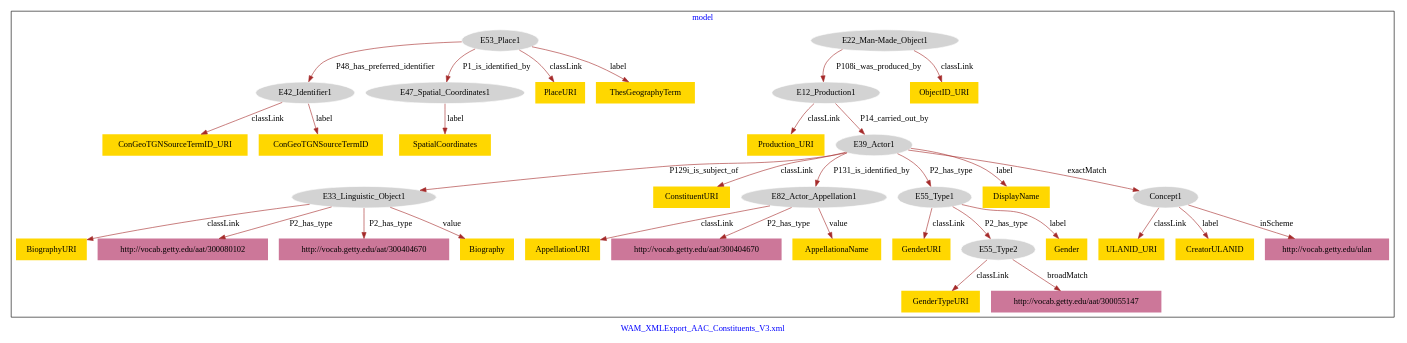
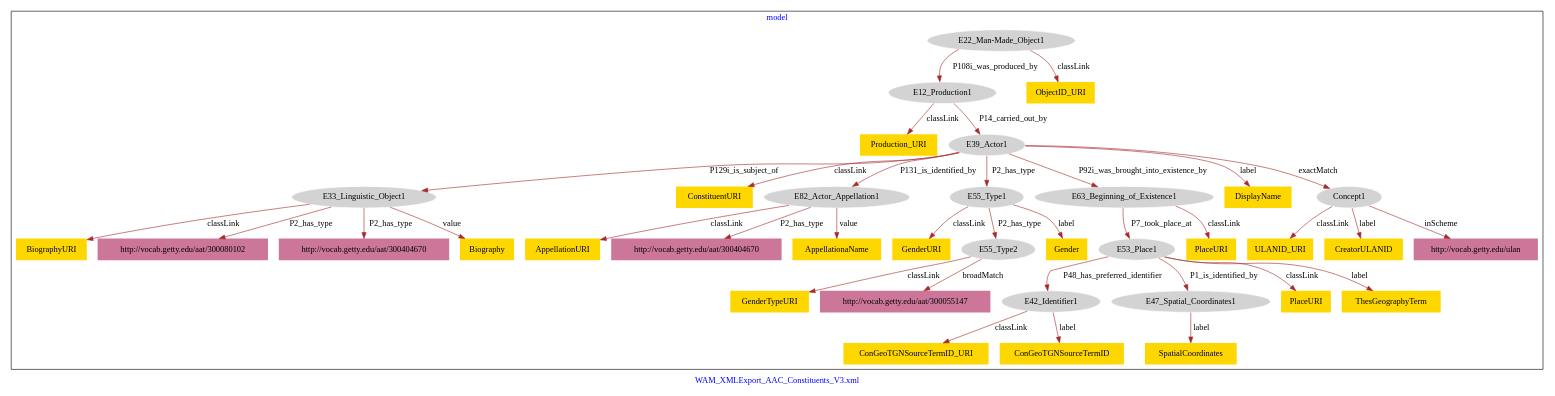
The diagram in WAM_AAC_Constituents/WAM_AAC_Individual_PlaceofBirth-model.dot (american-art/wam), drawn with Graphviz before and after one commit.

Commit message:
Update file WAM_AAC_Individual_PlaceofBirth-model.dot

```diff
--- a/WAM_AAC_Constituents/WAM_AAC_Individual_PlaceofBirth-model.dot
+++ b/WAM_AAC_Constituents/WAM_AAC_Individual_PlaceofBirth-model.dot
@@ -1,74 +1,79 @@
 digraph n0 {
 fontcolor="blue"
 remincross="true"
 label="WAM_XMLExport_AAC_Constituents_V3.xml"
 subgraph cluster {
 label="model"
 n2[style="filled",color="white",fillcolor="lightgray",label="E12_Production1"];
 n3[shape="plaintext",style="filled",fillcolor="gold",label="Production_URI"];
 n4[style="filled",color="white",fillcolor="lightgray",label="E39_Actor1"];
 n5[style="filled",color="white",fillcolor="lightgray",label="E22_Man-Made_Object1"];
 n6[shape="plaintext",style="filled",fillcolor="gold",label="ObjectID_URI"];
 n7[style="filled",color="white",fillcolor="lightgray",label="E33_Linguistic_Object1"];
 n8[shape="plaintext",style="filled",fillcolor="gold",label="BiographyURI"];
 n9[shape="plaintext",style="filled",fillcolor="#CC7799",label="http://vocab.getty.edu/aat/300080102"];
 n10[shape="plaintext",style="filled",fillcolor="#CC7799",label="http://vocab.getty.edu/aat/300404670"];
 n11[shape="plaintext",style="filled",fillcolor="gold",label="Biography"];
 n12[shape="plaintext",style="filled",fillcolor="gold",label="ConstituentURI"];
 n13[style="filled",color="white",fillcolor="lightgray",label="E82_Actor_Appellation1"];
 n14[style="filled",color="white",fillcolor="lightgray",label="E55_Type1"];
-n15[shape="plaintext",style="filled",fillcolor="gold",label="DisplayName"];
-n16[style="filled",color="white",fillcolor="lightgray",label="Concept1"];
-n17[style="filled",color="white",fillcolor="lightgray",label="E42_Identifier1"];
-n18[shape="plaintext",style="filled",fillcolor="gold",label="ConGeoTGNSourceTermID_URI"];
-n19[shape="plaintext",style="filled",fillcolor="gold",label="ConGeoTGNSourceTermID"];
-n20[style="filled",color="white",fillcolor="lightgray",label="E47_Spatial_Coordinates1"];
-n21[shape="plaintext",style="filled",fillcolor="gold",label="SpatialCoordinates"];
-n22[style="filled",color="white",fillcolor="lightgray",label="E53_Place1"];
-n23[shape="plaintext",style="filled",fillcolor="gold",label="PlaceURI"];
-n24[shape="plaintext",style="filled",fillcolor="gold",label="ThesGeographyTerm"];
-n25[shape="plaintext",style="filled",fillcolor="gold",label="GenderURI"];
-n26[style="filled",color="white",fillcolor="lightgray",label="E55_Type2"];
-n27[shape="plaintext",style="filled",fillcolor="gold",label="Gender"];
-n28[shape="plaintext",style="filled",fillcolor="gold",label="GenderTypeURI"];
-n29[shape="plaintext",style="filled",fillcolor="#CC7799",label="http://vocab.getty.edu/aat/300055147"];
-n30[shape="plaintext",style="filled",fillcolor="gold",label="AppellationURI"];
-n31[shape="plaintext",style="filled",fillcolor="#CC7799",label="http://vocab.getty.edu/aat/300404670"];
-n32[shape="plaintext",style="filled",fillcolor="gold",label="AppellationaName"];
-n33[shape="plaintext",style="filled",fillcolor="gold",label="ULANID_URI"];
-n34[shape="plaintext",style="filled",fillcolor="gold",label="CreatorULANID"];
-n35[shape="plaintext",style="filled",fillcolor="#CC7799",label="http://vocab.getty.edu/ulan"];
+n15[style="filled",color="white",fillcolor="lightgray",label="E63_Beginning_of_Existence1"];
+n16[shape="plaintext",style="filled",fillcolor="gold",label="DisplayName"];
+n17[style="filled",color="white",fillcolor="lightgray",label="Concept1"];
+n18[style="filled",color="white",fillcolor="lightgray",label="E42_Identifier1"];
+n19[shape="plaintext",style="filled",fillcolor="gold",label="ConGeoTGNSourceTermID_URI"];
+n20[shape="plaintext",style="filled",fillcolor="gold",label="ConGeoTGNSourceTermID"];
+n21[style="filled",color="white",fillcolor="lightgray",label="E47_Spatial_Coordinates1"];
+n22[shape="plaintext",style="filled",fillcolor="gold",label="SpatialCoordinates"];
+n23[style="filled",color="white",fillcolor="lightgray",label="E53_Place1"];
+n24[shape="plaintext",style="filled",fillcolor="gold",label="PlaceURI"];
+n25[shape="plaintext",style="filled",fillcolor="gold",label="ThesGeographyTerm"];
+n26[shape="plaintext",style="filled",fillcolor="gold",label="GenderURI"];
+n27[style="filled",color="white",fillcolor="lightgray",label="E55_Type2"];
+n28[shape="plaintext",style="filled",fillcolor="gold",label="Gender"];
+n29[shape="plaintext",style="filled",fillcolor="gold",label="GenderTypeURI"];
+n30[shape="plaintext",style="filled",fillcolor="#CC7799",label="http://vocab.getty.edu/aat/300055147"];
+n31[shape="plaintext",style="filled",fillcolor="gold",label="PlaceURI"];
+n32[shape="plaintext",style="filled",fillcolor="gold",label="AppellationURI"];
+n33[shape="plaintext",style="filled",fillcolor="#CC7799",label="http://vocab.getty.edu/aat/300404670"];
+n34[shape="plaintext",style="filled",fillcolor="gold",label="AppellationaName"];
+n35[shape="plaintext",style="filled",fillcolor="gold",label="ULANID_URI"];
+n36[shape="plaintext",style="filled",fillcolor="gold",label="CreatorULANID"];
+n37[shape="plaintext",style="filled",fillcolor="#CC7799",label="http://vocab.getty.edu/ulan"];
 }
 n2 -> n3[color="brown",fontcolor="black",label="classLink"]
 n2 -> n4[color="brown",fontcolor="black",label="P14_carried_out_by"]
 n5 -> n6[color="brown",fontcolor="black",label="classLink"]
 n5 -> n2[color="brown",fontcolor="black",label="P108i_was_produced_by"]
 n7 -> n8[color="brown",fontcolor="black",label="classLink"]
 n7 -> n9[color="brown",fontcolor="black",label="P2_has_type"]
 n7 -> n10[color="brown",fontcolor="black",label="P2_has_type"]
 n7 -> n11[color="brown",fontcolor="black",label="value"]
 n4 -> n12[color="brown",fontcolor="black",label="classLink"]
 n4 -> n7[color="brown",fontcolor="black",label="P129i_is_subject_of"]
 n4 -> n13[color="brown",fontcolor="black",label="P131_is_identified_by"]
 n4 -> n14[color="brown",fontcolor="black",label="P2_has_type"]
-n4 -> n15[color="brown",fontcolor="black",label="label"]
-n4 -> n16[color="brown",fontcolor="black",label="exactMatch"]
-n17 -> n18[color="brown",fontcolor="black",label="classLink"]
-n17 -> n19[color="brown",fontcolor="black",label="label"]
-n20 -> n21[color="brown",fontcolor="black",label="label"]
-n22 -> n23[color="brown",fontcolor="black",label="classLink"]
-n22 -> n20[color="brown",fontcolor="black",label="P1_is_identified_by"]
-n22 -> n17[color="brown",fontcolor="black",label="P48_has_preferred_identifier"]
-n22 -> n24[color="brown",fontcolor="black",label="label"]
-n14 -> n25[color="brown",fontcolor="black",label="classLink"]
-n14 -> n26[color="brown",fontcolor="black",label="P2_has_type"]
-n14 -> n27[color="brown",fontcolor="black",label="label"]
-n26 -> n28[color="brown",fontcolor="black",label="classLink"]
-n26 -> n29[color="brown",fontcolor="black",label="broadMatch"]
-n13 -> n30[color="brown",fontcolor="black",label="classLink"]
-n13 -> n31[color="brown",fontcolor="black",label="P2_has_type"]
-n13 -> n32[color="brown",fontcolor="black",label="value"]
-n16 -> n33[color="brown",fontcolor="black",label="classLink"]
-n16 -> n34[color="brown",fontcolor="black",label="label"]
-n16 -> n35[color="brown",fontcolor="black",label="inScheme"]
+n4 -> n15[color="brown",fontcolor="black",label="P92i_was_brought_into_existence_by"]
+n4 -> n16[color="brown",fontcolor="black",label="label"]
+n4 -> n17[color="brown",fontcolor="black",label="exactMatch"]
+n18 -> n19[color="brown",fontcolor="black",label="classLink"]
+n18 -> n20[color="brown",fontcolor="black",label="label"]
+n21 -> n22[color="brown",fontcolor="black",label="label"]
+n23 -> n24[color="brown",fontcolor="black",label="classLink"]
+n23 -> n21[color="brown",fontcolor="black",label="P1_is_identified_by"]
+n23 -> n18[color="brown",fontcolor="black",label="P48_has_preferred_identifier"]
+n23 -> n25[color="brown",fontcolor="black",label="label"]
+n14 -> n26[color="brown",fontcolor="black",label="classLink"]
+n14 -> n27[color="brown",fontcolor="black",label="P2_has_type"]
+n14 -> n28[color="brown",fontcolor="black",label="label"]
+n27 -> n29[color="brown",fontcolor="black",label="classLink"]
+n27 -> n30[color="brown",fontcolor="black",label="broadMatch"]
+n15 -> n31[color="brown",fontcolor="black",label="classLink"]
+n15 -> n23[color="brown",fontcolor="black",label="P7_took_place_at"]
+n13 -> n32[color="brown",fontcolor="black",label="classLink"]
+n13 -> n33[color="brown",fontcolor="black",label="P2_has_type"]
+n13 -> n34[color="brown",fontcolor="black",label="value"]
+n17 -> n35[color="brown",fontcolor="black",label="classLink"]
+n17 -> n36[color="brown",fontcolor="black",label="label"]
+n17 -> n37[color="brown",fontcolor="black",label="inScheme"]
 }
```
